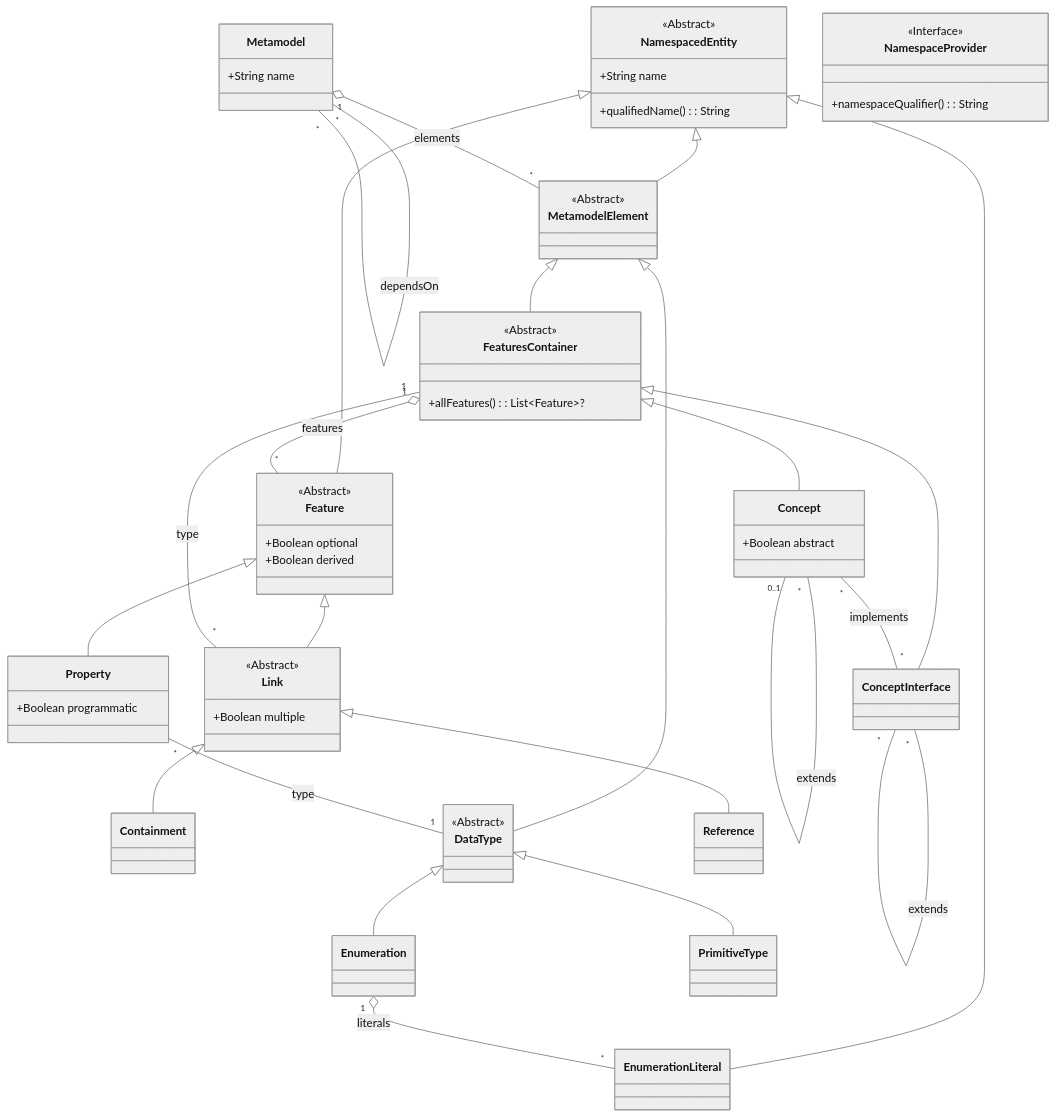
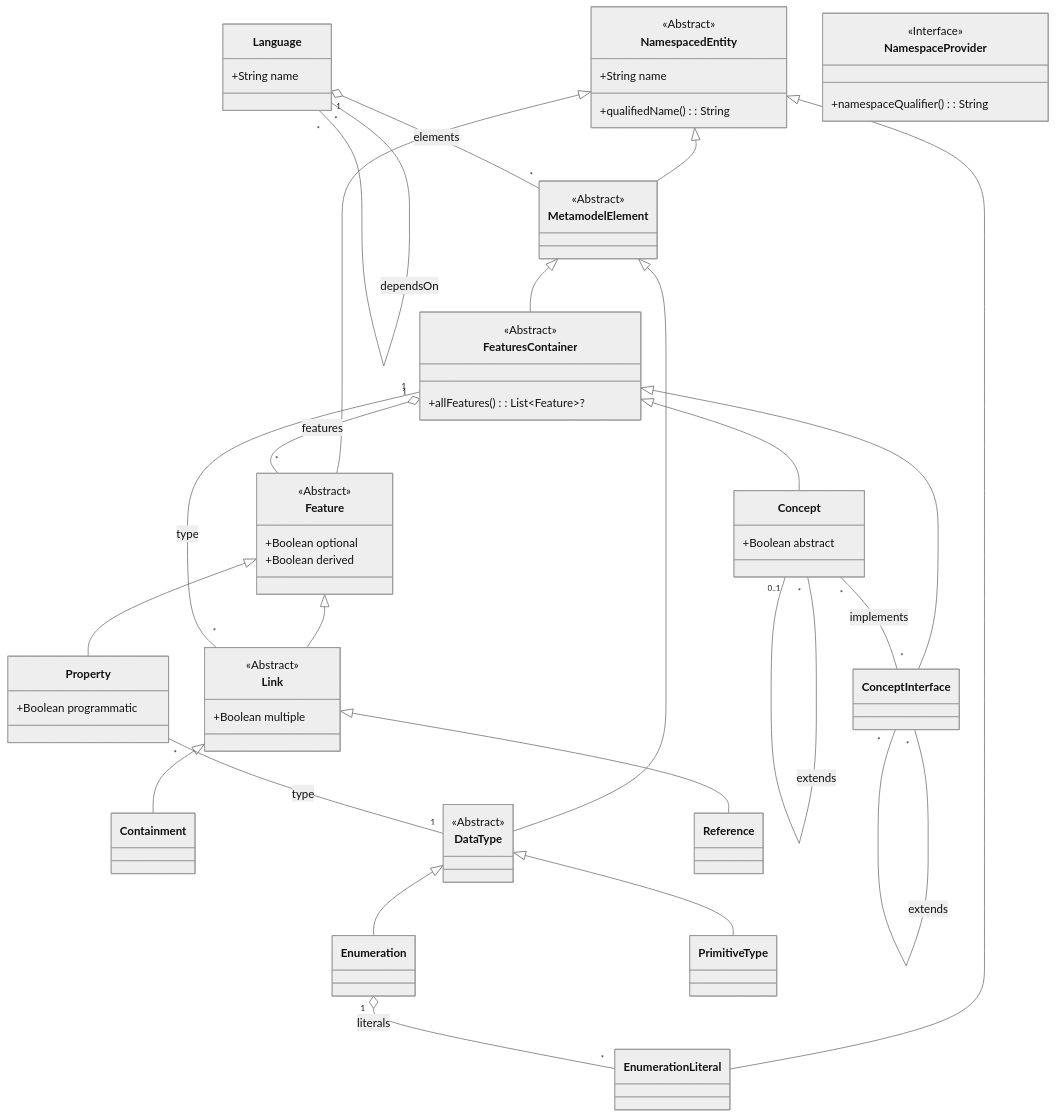
One commit to LionWeb-io/lionweb-typescript changed the diagram in diagrams/metametamodel-gen.md. Above: the diagram before and after it, drawn with Mermaid (neutral theme). The commit also changed 28 other files, not shown here.

First line of the commit message:
"Metamodel" -> "Language"

```diff
--- a/diagrams/metametamodel-gen.md
+++ b/diagrams/metametamodel-gen.md
@@ -35,15 +35,15 @@
   <<Abstract>> FeaturesContainer
   MetamodelElement <|-- FeaturesContainer
 
+  class Language {
+    +String name
+  }
+
   class Link {
     +Boolean multiple
   }
   <<Abstract>> Link
   Feature <|-- Link
-
-  class Metamodel {
-    +String name
-  }
 
   class MetamodelElement
   <<Abstract>> MetamodelElement
@@ -81,9 +81,9 @@
 
 
   FeaturesContainer "1" o-- "*" Feature: features
+  Language "1" o-- "*" MetamodelElement: elements
+  Language "*" -- "*" Language: dependsOn
   Link "*" -- "1" FeaturesContainer: type
-  Metamodel "1" o-- "*" MetamodelElement: elements
-  Metamodel "*" -- "*" Metamodel: dependsOn
 
 
 
```
